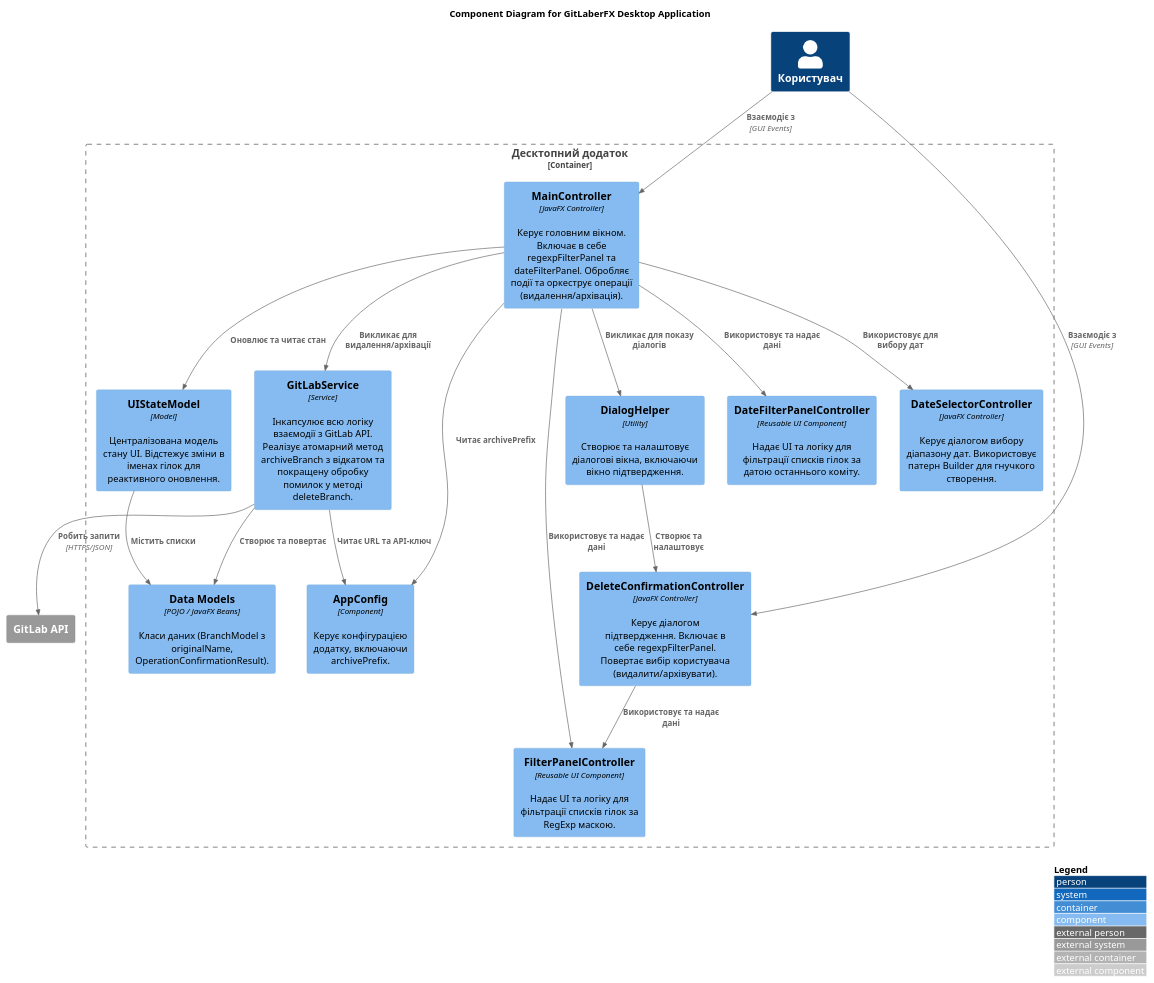
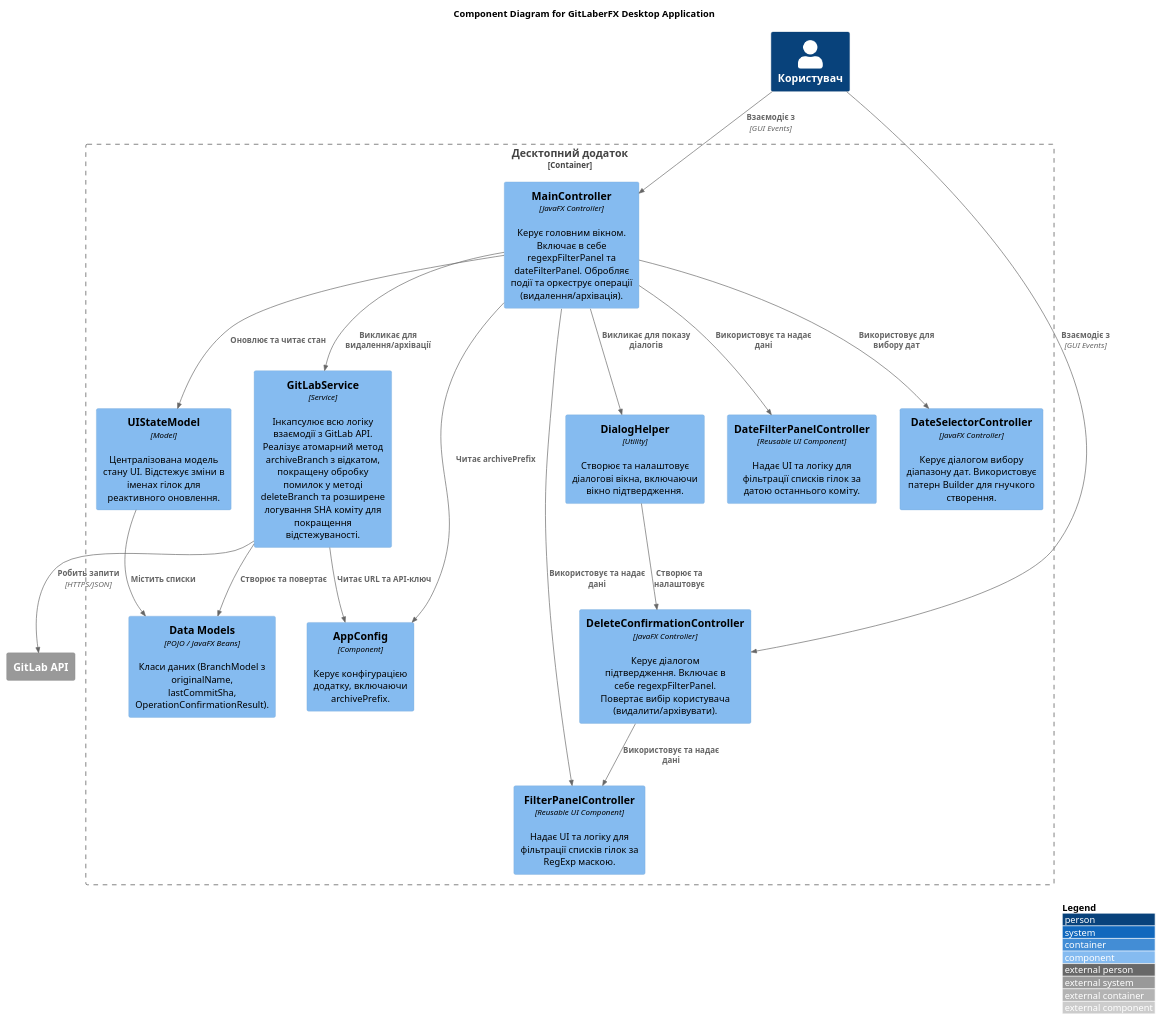
One commit to pashkazp/gitlaberfx changed the diagram in src/main/docs/C4_component.puml. Above: the diagram before and after it, drawn with PlantUML. The commit also changed 17 other files, not shown here.

First line of the commit message:
Safe delete branch (#2)

```diff
--- a/src/main/docs/C4_component.puml
+++ b/src/main/docs/C4_component.puml
@@ -1,50 +1,50 @@
 @startuml
 !include <C4/C4_Component>
 
 LAYOUT_WITH_LEGEND()
 
 title Component Diagram for GitLaberFX Desktop Application
 
 Person(user, "Користувач")
 System_Ext(gitlab_api, "GitLab API")
 
 Container_Boundary(app, "Десктопний додаток") {
 
     Component(main_controller, "MainController", "JavaFX Controller", "Керує головним вікном. Включає в себе regexpFilterPanel та dateFilterPanel. Обробляє події та оркеструє операції (видалення/архівація).")
     Component(confirmation_controller, "DeleteConfirmationController", "JavaFX Controller", "Керує діалогом підтвердження. Включає в себе regexpFilterPanel. Повертає вибір користувача (видалити/архівувати).")
     Component(filter_panel, "FilterPanelController", "Reusable UI Component", "Надає UI та логіку для фільтрації списків гілок за RegExp маскою.")
     Component(date_filter_panel, "DateFilterPanelController", "Reusable UI Component", "Надає UI та логіку для фільтрації списків гілок за датою останнього коміту.")
     Component(date_selector, "DateSelectorController", "JavaFX Controller", "Керує діалогом вибору діапазону дат. Використовує патерн Builder для гнучкого створення.")
 
     Component(ui_state_model, "UIStateModel", "Model", "Централізована модель стану UI. Відстежує зміни в іменах гілок для реактивного оновлення.")
-    Component(domain_models, "Data Models", "POJO / JavaFX Beans", "Класи даних (BranchModel з originalName, OperationConfirmationResult).")
+    Component(domain_models, "Data Models", "POJO / JavaFX Beans", "Класи даних (BranchModel з originalName, lastCommitSha, OperationConfirmationResult).")
 
-    Component(gitlab_service, "GitLabService", "Service", "Інкапсулює всю логіку взаємодії з GitLab API. Реалізує атомарний метод archiveBranch з відкатом та покращену обробку помилок у методі deleteBranch.")
+    Component(gitlab_service, "GitLabService", "Service", "Інкапсулює всю логіку взаємодії з GitLab API. Реалізує атомарний метод archiveBranch з відкатом, покращену обробку помилок у методі deleteBranch та розширене логування SHA коміту для покращення відстежуваності.")
     Component(dialog_helper, "DialogHelper", "Utility", "Створює та налаштовує діалогові вікна, включаючи вікно підтвердження.")
     Component(config_component, "AppConfig", "Component", "Керує конфігурацією додатку, включаючи archivePrefix.")
 
     Rel(user, main_controller, "Взаємодіє з", "GUI Events")
     Rel(user, confirmation_controller, "Взаємодіє з", "GUI Events")
 
     Rel(main_controller, filter_panel, "Використовує та надає дані")
     Rel(confirmation_controller, filter_panel, "Використовує та надає дані")
 
     Rel(main_controller, date_filter_panel, "Використовує та надає дані")
     Rel(main_controller, date_selector, "Використовує для вибору дат")
 
     Rel(main_controller, dialog_helper, "Викликає для показу діалогів")
     Rel(dialog_helper, confirmation_controller, "Створює та налаштовує")
 
     Rel(main_controller, ui_state_model, "Оновлює та читає стан")
     Rel(main_controller, gitlab_service, "Викликає для видалення/архівації")
     Rel(main_controller, config_component, "Читає archivePrefix")
 
     Rel(gitlab_service, gitlab_api, "Робить запити", "HTTPS/JSON")
     Rel(gitlab_service, config_component, "Читає URL та API-ключ")
     Rel(gitlab_service, domain_models, "Створює та повертає")
 
     Rel(ui_state_model, domain_models, "Містить списки")
 
 }
 
 @enduml
```
